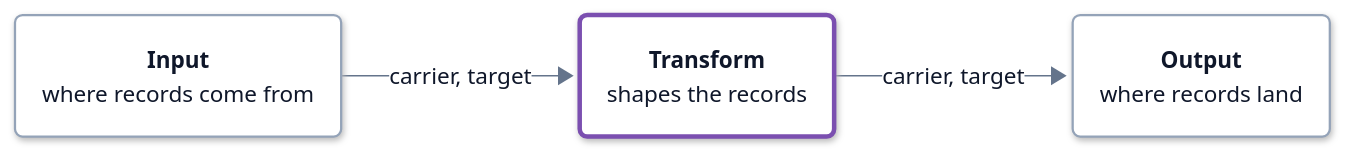
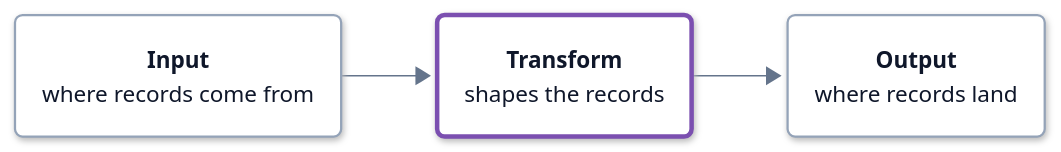
Before and after one commit to hyperi-io/dfe-ui: the second of 2 diagrams in docs/console-and-the-flow.md, drawn with Mermaid. The commit also changed other lines of this file and 8 other files, not shown here.

First line of the commit message:
docs(architecture): reshape the architecture page and its part pages (#754)

````diff
--- a/docs/console-and-the-flow.md
+++ b/docs/console-and-the-flow.md
@@ -98,68 +108,68 @@
 ```mermaid
 ---
 config:
   theme: base
   look: neo
   fontFamily: Inter, -apple-system, Segoe UI, Roboto, Helvetica, Arial, sans-serif
   flowchart:
     curve: linear
     nodeSpacing: 40
     rankSpacing: 64
     padding: 18
     wrappingWidth: 280
     htmlLabels: true
   elk:
     preset: modelOrder
   themeVariables:
     fontSize: 15px
     lineColor: "#64748B"
     primaryTextColor: "#0F172A"
     clusterBorder: "#0072B2"
     edgeLabelBackground: "#FFFFFF"
   themeCSS: >-
     p{margin:0}
     .node[data-look] rect,.node[data-look] path,.node[data-look] polygon,.node[data-look] .outer-path{filter:drop-shadow(0 1px 2px rgba(15,23,42,.10)) drop-shadow(0 6px 14px rgba(15,23,42,.10))}
     .node rect{rx:10px;ry:10px}
     .cluster rect{rx:16px;ry:16px}
     .node .label div{min-width:150px}
     .node.decision .label div{min-width:0}
     .cluster[data-look] rect{filter:none}
     .nodeLabel{line-height:1.35}
     .nodeLabel b{font-weight:600;font-size:15px;letter-spacing:-0.01em}
     .nodeLabel span{font-size:12.5px;font-weight:400;color:#334155}
     .cluster-label span.nodeLabel{display:inline-block;background:#FFFFFF;color:#0B2A3F;border:1.5px solid #0072B2;border-radius:999px;padding:2px 12px;font-size:11.5px;font-weight:700;letter-spacing:.09em;text-transform:uppercase}
     .flowchart-link{stroke-width:1.75px}
     .labelBkg{background:transparent!important}
     span.edgeLabel{display:inline-block;background:#FFFFFF!important;color:#1E293B;border:1px solid #94A3B8;border-radius:999px;padding:2px 10px;font-size:12px;font-weight:500}
     span.edgeLabel p{background:transparent!important}
     .label-icon{width:20px;height:20px;vertical-align:-4px;margin-right:6px}
     .ingest .label-icon{color:#0E8A7D}
     .xform .label-icon{color:#7B4FB0}
     .load .label-icon{color:#0072B2}
     .bus .label-icon{color:#A8517F}
     .store .label-icon{color:#00785A}
     .ui .label-icon{color:#D9480F}
     .ext .label-icon{color:#64748B}
 ---
 flowchart LR
   accTitle: L4 Detail -- Source flow card
   accDescr: The Flow tab draws an Input, a Transform and an Output stage. Each arrow between two stages names the carrier and the topic or endpoint the records move on.
   input("<b>Input</b><br/><span>where records come from</span>")
   transform("<b>Transform</b><br/><span>shapes the records</span>")
   output("<b>Output</b><br/><span>where records land</span>")
-  input -->|carrier, target| transform
-  transform -->|carrier, target| output
+  input --> transform
+  transform --> output
   classDef ext fill:#F4F6F8,stroke:#94A3B8,stroke-width:1.5px,stroke-dasharray:5 4,color:#0F172A
   classDef ingest fill:#FFFFFF,stroke:#0E8A7D,stroke-width:3px,color:#0F172A
   classDef xform fill:#FFFFFF,stroke:#7B4FB0,stroke-width:3px,color:#0F172A
   classDef load fill:#FFFFFF,stroke:#0072B2,stroke-width:3px,color:#0F172A
   classDef bus fill:#FFFFFF,stroke:#A8517F,stroke-width:3px,color:#0F172A
   classDef store fill:#FFFFFF,stroke:#00785A,stroke-width:3px,color:#0F172A
   classDef ui fill:#FFFFFF,stroke:#D9480F,stroke-width:3px,color:#0F172A
   classDef decision fill:#FFFFFF,stroke:#9A6700,stroke-width:3px,color:#0F172A
   classDef error fill:#FFFFFF,stroke:#C2410C,stroke-width:3px,color:#0F172A
   classDef control fill:#FFFFFF,stroke:#334155,stroke-width:3px,color:#0F172A
   classDef part fill:#FFFFFF,stroke:#94A3B8,stroke-width:1.5px,color:#0F172A
   class input,output part
   class transform xform
 ```
````
